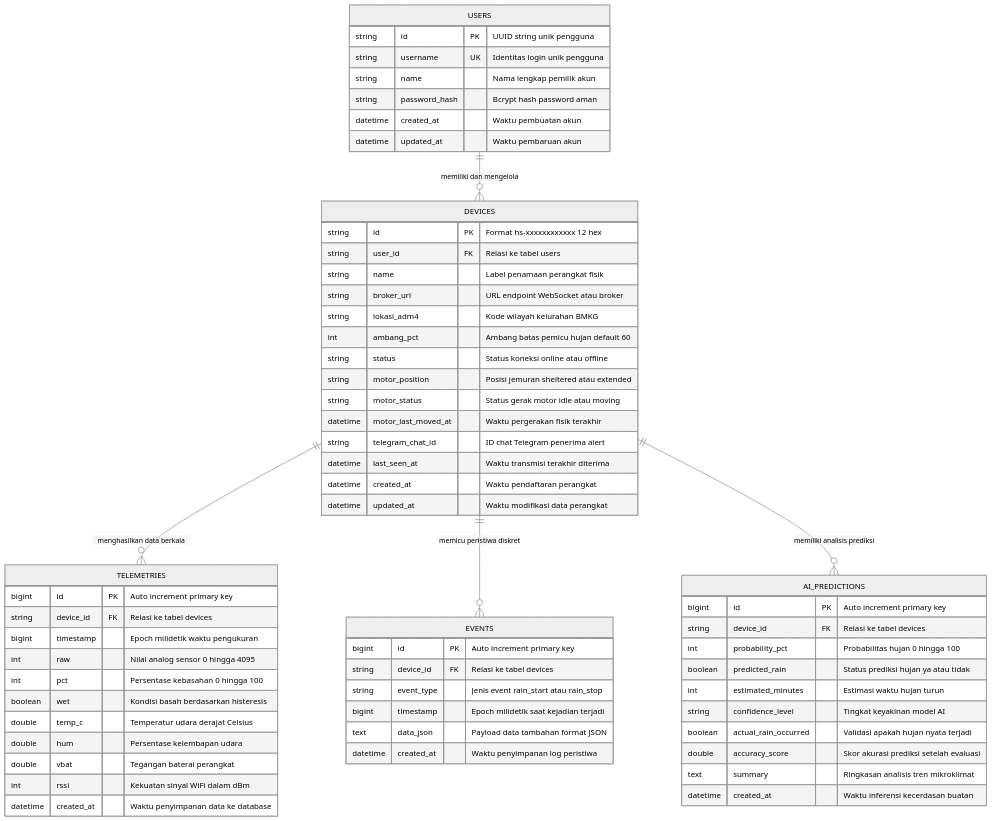
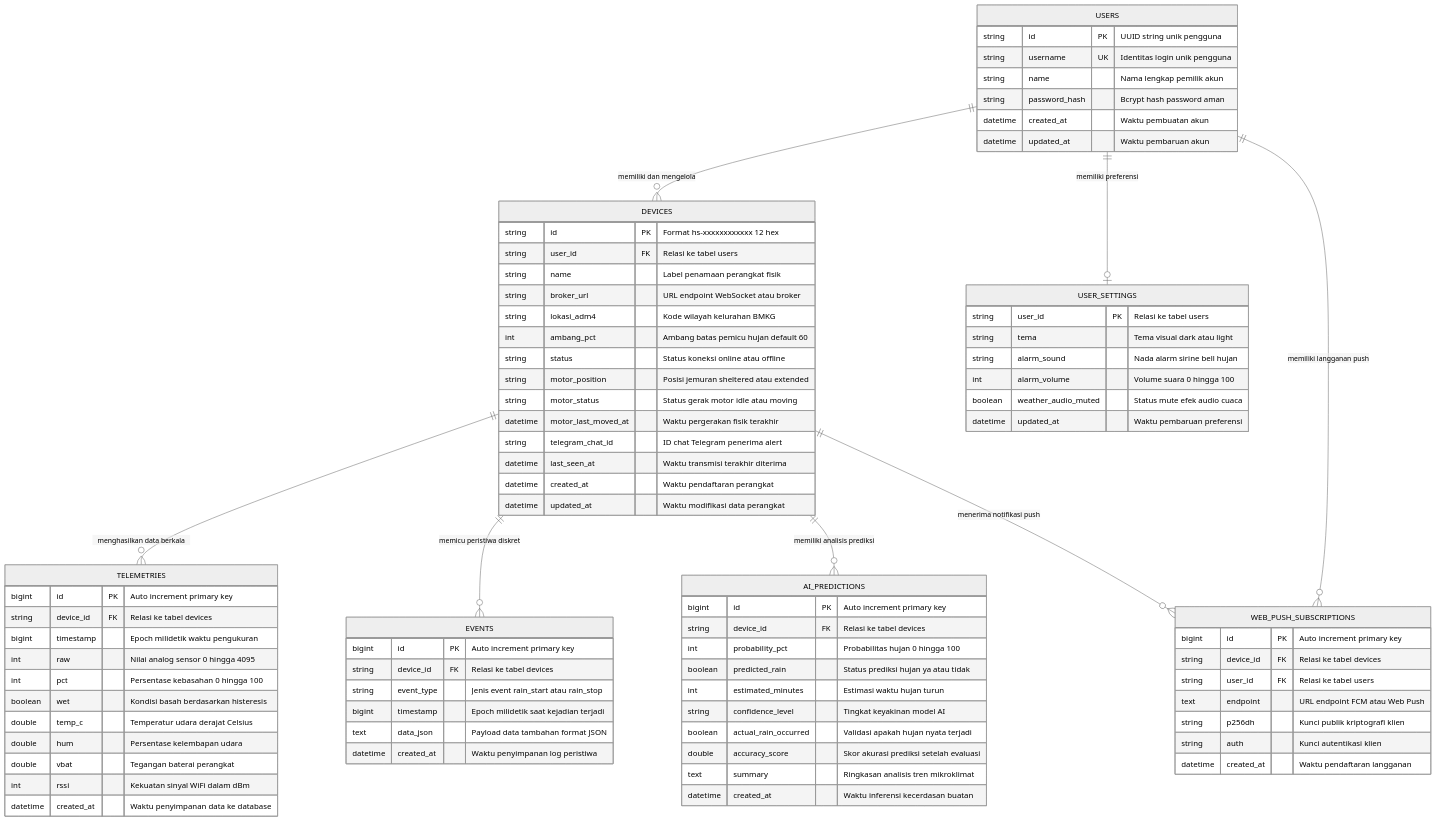
Before and after one commit to firdyridho/Project-IoT_Sensor-Jemuran-Otomatis: the diagram in docs/ERD.md, drawn with Mermaid (neutral theme). The commit also changed other lines of this file and 17 other files, not shown here.

Commit message:
feat(backend): implementasikan REQ-BE-06 s/d REQ-BE-09 (user settings, profile, clear data, web push pwa)

````diff
--- a/docs/ERD.md
+++ b/docs/ERD.md
@@ -20,9 +20,12 @@
 ```mermaid
 erDiagram
     USERS ||--o{ DEVICES : "memiliki dan mengelola"
+    USERS ||--o| USER_SETTINGS : "memiliki preferensi"
+    USERS ||--o{ WEB_PUSH_SUBSCRIPTIONS : "memiliki langganan push"
     DEVICES ||--o{ TELEMETRIES : "menghasilkan data berkala"
     DEVICES ||--o{ EVENTS : "memicu peristiwa diskret"
     DEVICES ||--o{ AI_PREDICTIONS : "memiliki analisis prediksi"
+    DEVICES ||--o{ WEB_PUSH_SUBSCRIPTIONS : "menerima notifikasi push"
 
     USERS {
         string id PK "UUID string unik pengguna"
@@ -31,6 +34,25 @@
         string password_hash "Bcrypt hash password aman"
         datetime created_at "Waktu pembuatan akun"
         datetime updated_at "Waktu pembaruan akun"
+    }
+
+    USER_SETTINGS {
+        string user_id PK "Relasi ke tabel users"
+        string tema "Tema visual dark atau light"
+        string alarm_sound "Nada alarm sirine bell hujan"
+        int alarm_volume "Volume suara 0 hingga 100"
+        boolean weather_audio_muted "Status mute efek audio cuaca"
+        datetime updated_at "Waktu pembaruan preferensi"
+    }
+
+    WEB_PUSH_SUBSCRIPTIONS {
+        bigint id PK "Auto increment primary key"
+        string device_id FK "Relasi ke tabel devices"
+        string user_id FK "Relasi ke tabel users"
+        text endpoint "URL endpoint FCM atau Web Push"
+        string p256dh "Kunci publik kriptografi klien"
+        string auth "Kunci autentikasi klien"
+        datetime created_at "Waktu pendaftaran langganan"
     }
 
     DEVICES {
````
